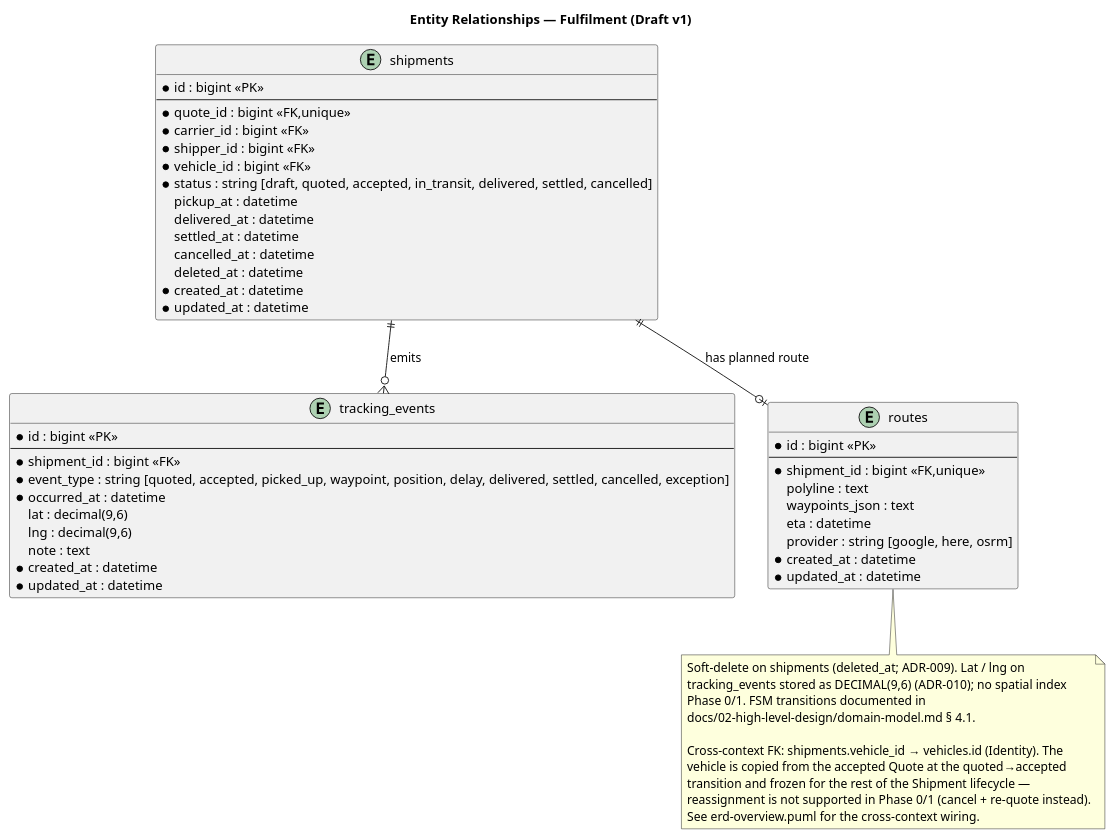
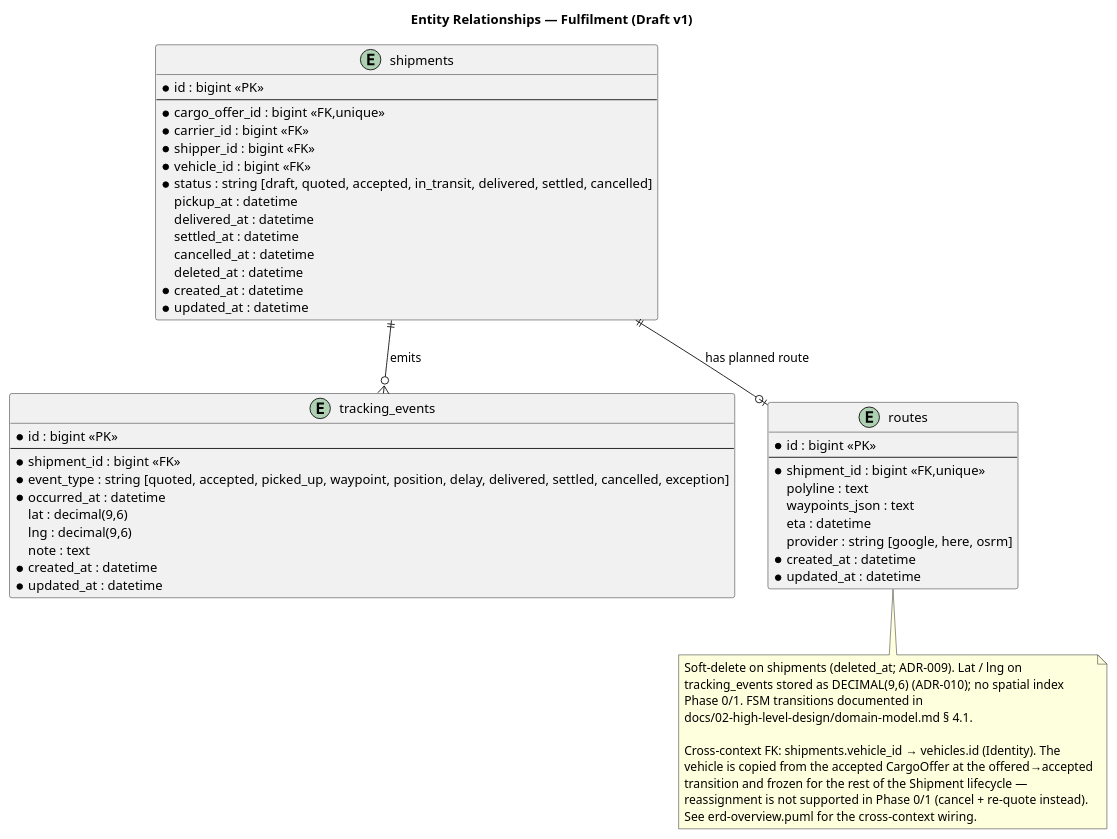
Before and after one commit to matias-ferrero/Truckr: the diagram in docs/04-database-diagrams/erd-fulfilment.puml, drawn with PlantUML. The commit also changed 25 other files, not shown here.

Commit message:
docs(rename): rename Quote→CargoOffer y CargoOffer→Cargo full sweep (#199)

```diff
--- a/docs/04-database-diagrams/erd-fulfilment.puml
+++ b/docs/04-database-diagrams/erd-fulfilment.puml
@@ -1,62 +1,62 @@
 @startuml erd-fulfilment
 title Entity Relationships — Fulfilment (Draft v1)
 
 entity "shipments" as s {
   * id : bigint <<PK>>
   --
-  * quote_id : bigint <<FK,unique>>
+  * cargo_offer_id : bigint <<FK,unique>>
   * carrier_id : bigint <<FK>>
   * shipper_id : bigint <<FK>>
   * vehicle_id : bigint <<FK>>
   * status : string [draft, quoted, accepted, in_transit, delivered, settled, cancelled]
   pickup_at : datetime
   delivered_at : datetime
   settled_at : datetime
   cancelled_at : datetime
   deleted_at : datetime
   * created_at : datetime
   * updated_at : datetime
 }
 
 entity "tracking_events" as te {
   * id : bigint <<PK>>
   --
   * shipment_id : bigint <<FK>>
   * event_type : string [quoted, accepted, picked_up, waypoint, position, delay, delivered, settled, cancelled, exception]
   * occurred_at : datetime
   lat : decimal(9,6)
   lng : decimal(9,6)
   note : text
   * created_at : datetime
   * updated_at : datetime
 }
 
 entity "routes" as r {
   * id : bigint <<PK>>
   --
   * shipment_id : bigint <<FK,unique>>
   polyline : text
   waypoints_json : text
   eta : datetime
   provider : string [google, here, osrm]
   * created_at : datetime
   * updated_at : datetime
 }
 
 s ||--o{ te : "emits"
 s ||--o| r : "has planned route"
 
 note bottom
   Soft-delete on shipments (deleted_at; ADR-009). Lat / lng on
   tracking_events stored as DECIMAL(9,6) (ADR-010); no spatial index
   Phase 0/1. FSM transitions documented in
   docs/02-high-level-design/domain-model.md § 4.1.
 
   Cross-context FK: shipments.vehicle_id → vehicles.id (Identity). The
-  vehicle is copied from the accepted Quote at the quoted→accepted
+  vehicle is copied from the accepted CargoOffer at the offered→accepted
   transition and frozen for the rest of the Shipment lifecycle —
   reassignment is not supported in Phase 0/1 (cancel + re-quote instead).
   See erd-overview.puml for the cross-context wiring.
 end note
 
 @enduml
```
